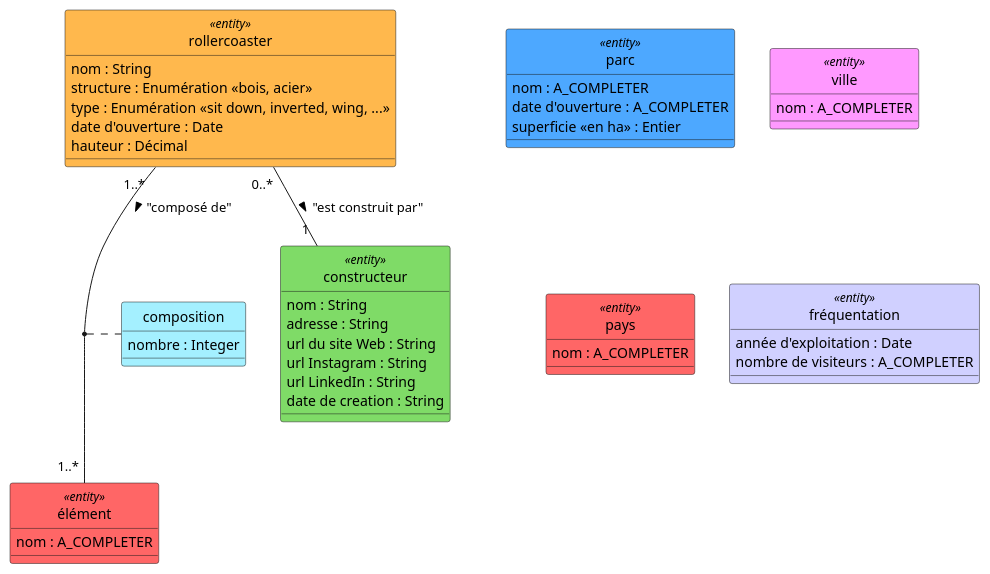
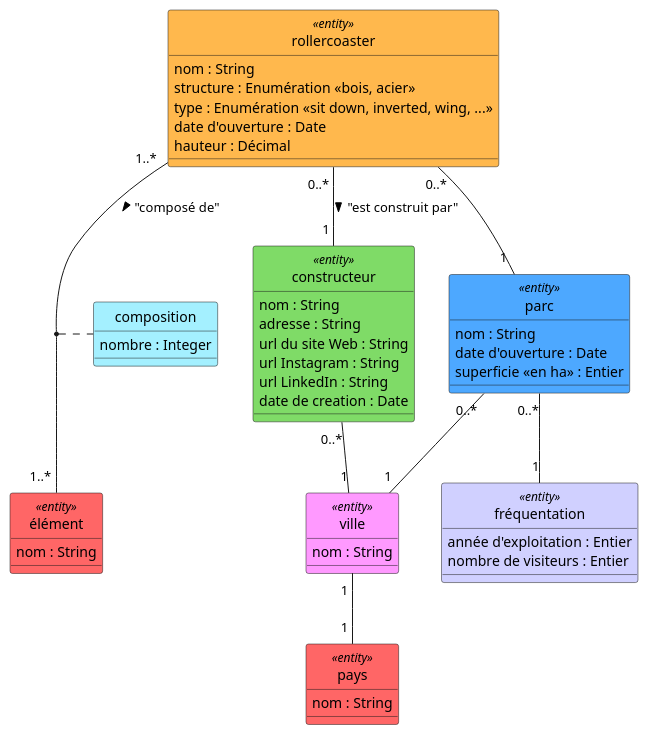
The diagram in MCD eurocoasters (A COMPLETER).puml (victorgms3/uml), drawn with PlantUML before and after one commit. The commit also changed 2 other files, not shown here.

```diff
--- a/MCD eurocoasters (A COMPLETER).puml
+++ b/MCD eurocoasters (A COMPLETER).puml
@@ -1,85 +1,88 @@
-@startuml
+@startuml name
 
 ' Masquer les cercles dans les classes
 hide circle 
 
 ' ---------------------------
 '   Définition des entités 
 ' ---------------------------
 
 entity "rollercoaster"  as rollercoaster <<entity>> #FFB84D {    
     nom : String
     structure : Enumération <<bois, acier>>
     type : Enumération <<sit down, inverted, wing, ...>>
     date d'ouverture : Date
     hauteur : Décimal
 }
 
 entity "constructeur" as constructeur <<entity>> #7FDB67 {    
     nom : String
     adresse : String
     url du site Web : String
     url Instagram : String
     url LinkedIn : String
-    date de creation : String
+    date de creation : Date
 }
 
 entity "parc" as parc <<entity>> #4DA8FF {    
-    nom : A_COMPLETER
-    date d'ouverture : A_COMPLETER
+    nom : String
+    date d'ouverture : Date
     superficie <<en ha>> : Entier
 }
 
 entity "ville" as ville <<entity>> #FF99FF {   
-    nom : A_COMPLETER
+    nom : String
 }
 
 entity "pays" as pays <<entity>> #FF6666 {   
-    nom : A_COMPLETER
+    nom : String
 }
 
 entity "élément" as element <<entity>> #FF6666 {    
-    nom : A_COMPLETER
+    nom : String
 }
 
-entity "fréquentation" as frequentation <<entity>> #D0D0FF {    
-    année d'exploitation : Date
-    nombre de visiteurs : A_COMPLETER
+entity "fréquentation" as frequentation <<entity>> #D0D0FF{    
+    année d'exploitation : Entier
+    nombre de visiteurs : Entier
 }
 
 ' -------------------------------
 '   Associations (relations)
 ' -------------------------------
 
 ' Un constructeur PEUT NE PAS AVOIR comme PLUSIEURS de rollercoaster, mais avoir d'autres types d'attractions
 ' Un rollercoaster est obligatoirement construit par UN constructeurs.
-rollercoaster  " 0..* "--" 1 " constructeur :  "est construit par" >
+rollercoaster  " 0..* "--" 1 " constructeur :  "est construit par" > 
 
 ' Un rollercoaster est localisé dans UN parc et un parc peut avoir AUCUN ou PLUSIEURS rollercoasters
 ' A COMPLETER LA RELATION
-
+rollercoaster "0..*"--" 1 " parc
 ' Un constructeur est localisé dans UNE ville, une ville peut avoir AUCUN ou PLUSIEURS constructeurs
 ' A COMPLETER LA RELATION
+constructeur "0..*"--"1" ville
 
 ' Un parc d'attractions est  localisé dans UNE ville, une ville peut avoir AUCUN ou PLUSIEURS parcs d'attractions
 ' A COMPLETER LA RELATION
+parc "0..*"--" 1 " ville
 
 ' Un parc n'a pas encore de fréquentation avant la fin de sa 1ère année d'exploitation
 ' Ensuite un par aura PLUSIEURS fréquentations (une par année d'exploitation.)
 ' Une fréquentation est en relation avec UN parc pour UNE année.
 ' A COMPLETER LA RELATION
+parc "0..*" -- "1" frequentation
 
 ' Une ville à UN unique pays, un pays à UNE ou plusieurs villes
 ' A COMPLETER LA RELATION
-
+ville " 1 "--" 1 " pays
 
 ' Un rollercoaster est composé de PLUSIEURS ELEMENTS et un élément peut se trouver dans PLUSIEURS rollercosters
 ' Un élément peut également avoir un NOMBRE D'OCCURRENCES supérieur à 1 dans un rollercoaster
 rollercoaster " 1..* " -- " 1..* " element : "composé de" >
 (rollercoaster, element ) . composition
 class "composition" as composition #A4F0FF {
     nombre : Integer
 }
 
 
 @enduml
```
